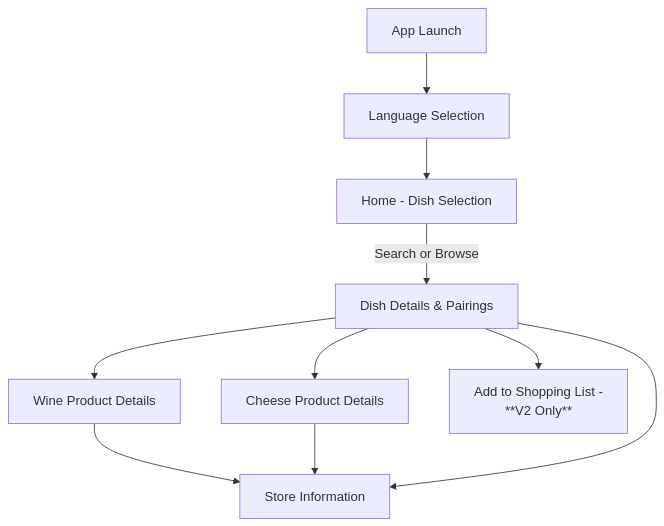
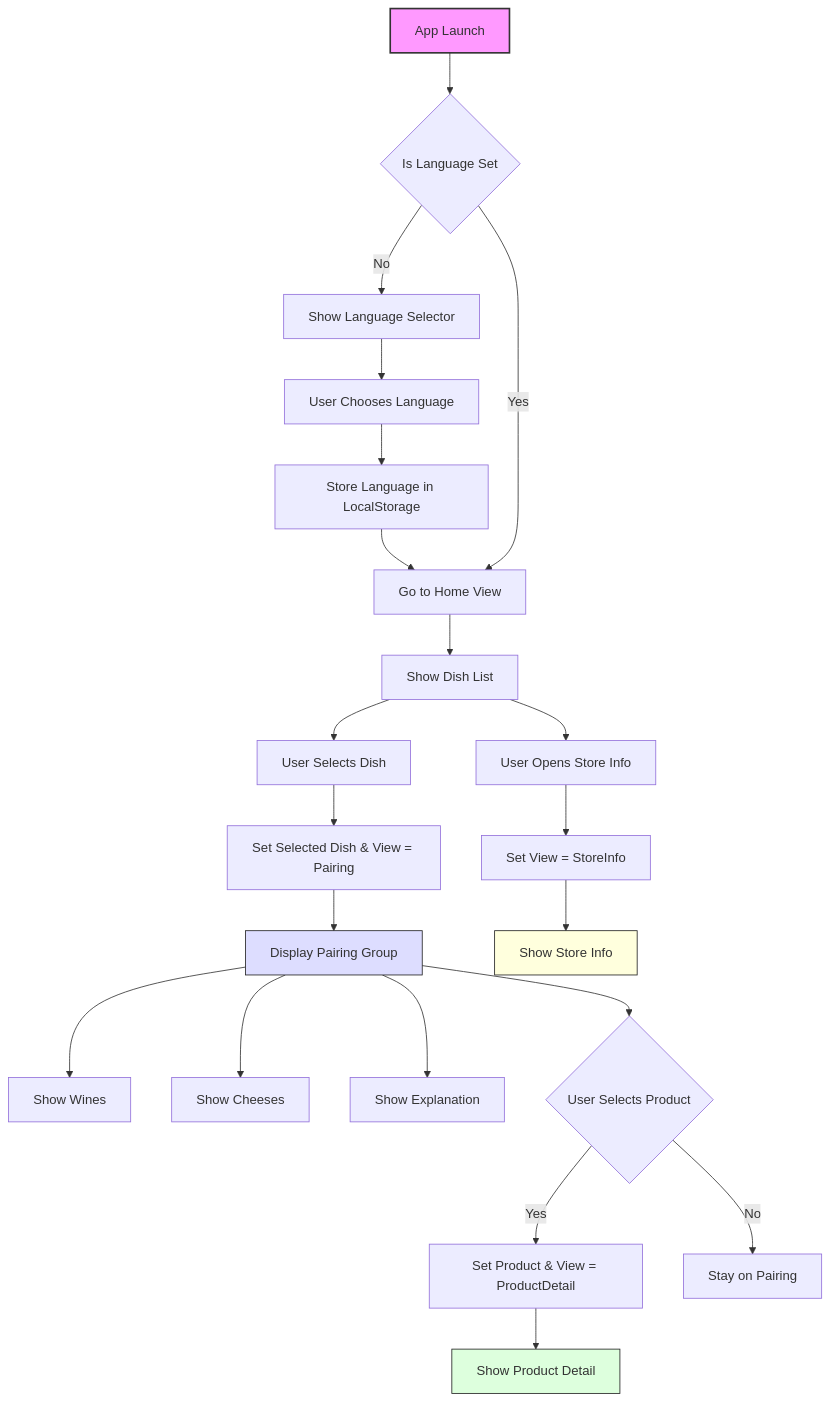
One commit to algosup/2024-2025-project-5-bubble-intermarche-team-5 changed the first of 14 diagrams in Documents/TechnicalSpecification/technicalSpecification.md. Above: the diagram before and after it, drawn with Mermaid. The commit also changed other lines of this file and 1 other file, not shown here.

````diff
--- a/Documents/TechnicalSpecification/technicalSpecification.md
+++ b/Documents/TechnicalSpecification/technicalSpecification.md
@@ -129,12 +360,31 @@
 ```mermaid
 graph TD
-  A[App Launch] --> B[Language Selection]
-  B --> C[Home - Dish Selection]
-  C -->|Search or Browse| D[Dish Details & Pairings]
-  D --> E1[Wine Product Details]
-  D --> E2[Cheese Product Details]
-  E1 --> F[Store Information]
-  E2 --> F
-  D --> F
-  D --> G[Add to Shopping List - </br>**V2 Only**]
+    A[App Launch] --> B{Is Language Set}
+    B -- No --> C[Show Language Selector]
+    C --> D[User Chooses Language]
+    D --> E[Store Language in LocalStorage]
+    E --> F[Go to Home View]
+    B -- Yes --> F
+
+    F --> G[Show Dish List]
+    G --> H[User Selects Dish]
+    H --> I[Set Selected Dish & View = Pairing]
+    I --> J[Display Pairing Group]
+    J --> K1[Show Wines]
+    J --> K2[Show Cheeses]
+    J --> K3[Show Explanation]
+    J --> L{User Selects Product}
+
+    L -- Yes --> M[Set Product & View = ProductDetail]
+    M --> N[Show Product Detail]
+    L -- No --> O[Stay on Pairing]
+
+    G --> P[User Opens Store Info]
+    P --> Q[Set View = StoreInfo]
+    Q --> R[Show Store Info]
+
+    style A fill:#f9f,stroke:#333,stroke-width:2px
+    style J fill:#ddf,stroke:#222
+    style N fill:#dfd,stroke:#222
+    style R fill:#ffd,stroke:#222
 ```
````
